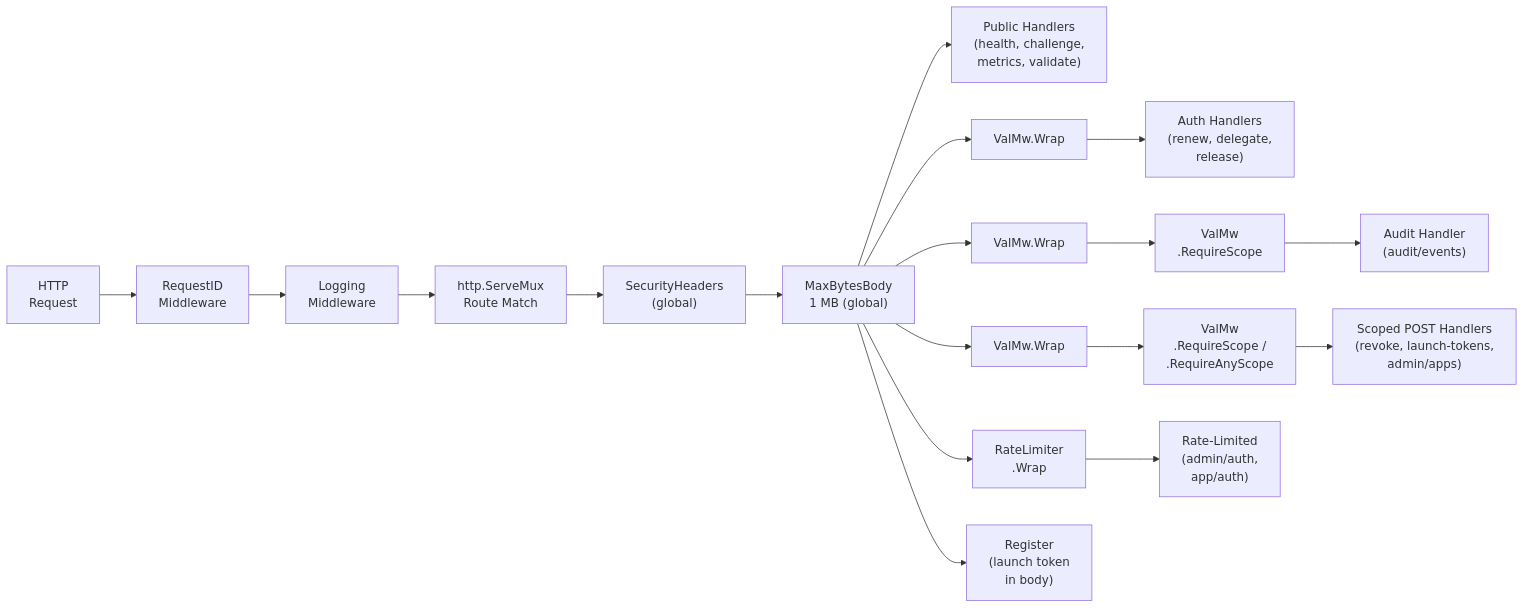
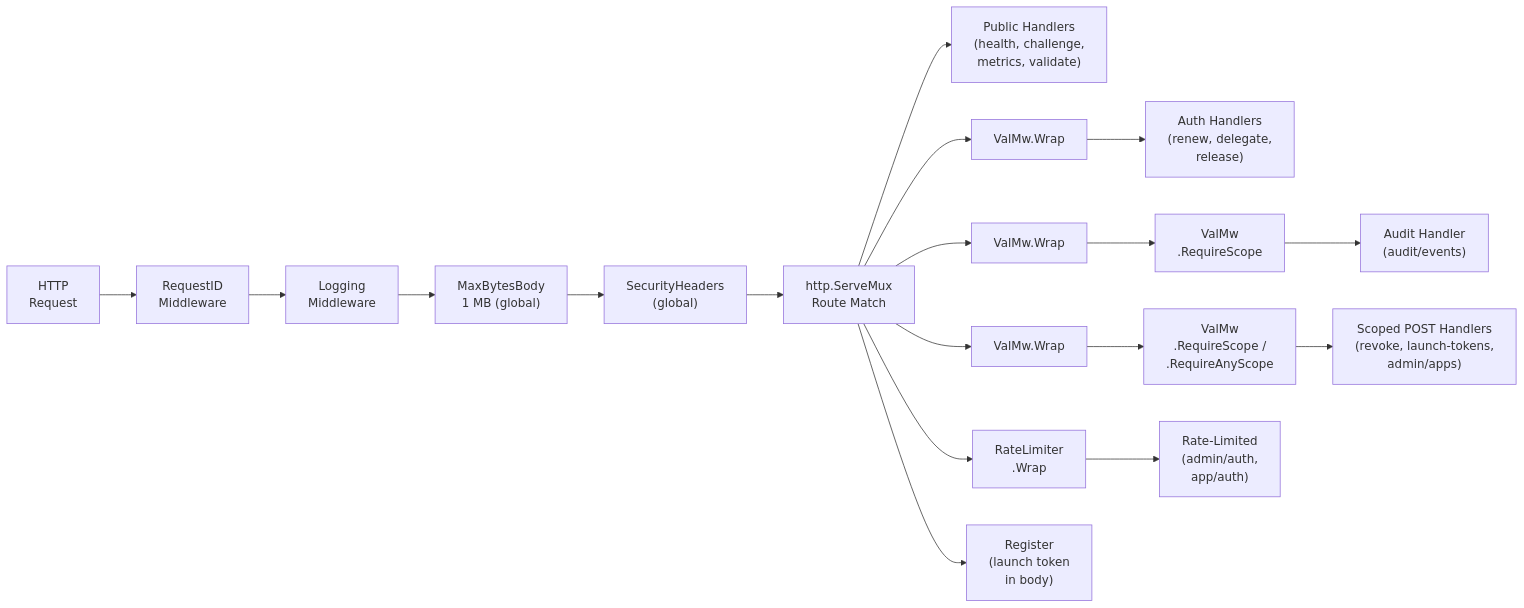
One commit to devonartis/agentwrit changed the fourth of 4 diagrams in docs/architecture.md. Above: the diagram before and after it, drawn with Mermaid. The commit also changed 81 other files, not shown here.

First line of the commit message:
fix: SPDX LicenseRef identifier, gate enforcement, middleware diagram

````diff
--- a/docs/architecture.md
+++ b/docs/architecture.md
@@ -250,20 +250,20 @@
 ```mermaid
 flowchart LR
     REQ["HTTP\nRequest"] --> RID["RequestID\nMiddleware"]
     RID --> LOG["Logging\nMiddleware"]
-    LOG --> MUX["http.ServeMux\nRoute Match"]
-    MUX --> SEC["SecurityHeaders\n(global)"]
-    SEC --> MB["MaxBytesBody\n1 MB (global)"]
+    LOG --> MB["MaxBytesBody\n1 MB (global)"]
+    MB --> SEC["SecurityHeaders\n(global)"]
+    SEC --> MUX["http.ServeMux\nRoute Match"]
 
-    MB --> PUB["Public Handlers\n(health, challenge,\nmetrics, validate)"]
+    MUX --> PUB["Public Handlers\n(health, challenge,\nmetrics, validate)"]
 
-    MB --> AUTH_ONLY["ValMw.Wrap"] --> AUTH_H["Auth Handlers\n(renew, delegate,\nrelease)"]
+    MUX --> AUTH_ONLY["ValMw.Wrap"] --> AUTH_H["Auth Handlers\n(renew, delegate,\nrelease)"]
 
-    MB --> AUDIT_W["ValMw.Wrap"] --> AUDIT_C["ValMw\n.RequireScope"] --> AUDIT_H["Audit Handler\n(audit/events)"]
+    MUX --> AUDIT_W["ValMw.Wrap"] --> AUDIT_C["ValMw\n.RequireScope"] --> AUDIT_H["Audit Handler\n(audit/events)"]
 
-    MB --> SCOPE_W["ValMw.Wrap"] --> SCOPE_C["ValMw\n.RequireScope /\n.RequireAnyScope"] --> ADMIN_H["Scoped POST Handlers\n(revoke, launch-tokens,\nadmin/apps)"]
+    MUX --> SCOPE_W["ValMw.Wrap"] --> SCOPE_C["ValMw\n.RequireScope /\n.RequireAnyScope"] --> ADMIN_H["Scoped POST Handlers\n(revoke, launch-tokens,\nadmin/apps)"]
 
-    MB --> RL["RateLimiter\n.Wrap"] --> RL_H["Rate-Limited\n(admin/auth,\napp/auth)"]
+    MUX --> RL["RateLimiter\n.Wrap"] --> RL_H["Rate-Limited\n(admin/auth,\napp/auth)"]
 
-    MB --> REG_H["Register\n(launch token\nin body)"]
+    MUX --> REG_H["Register\n(launch token\nin body)"]
 ```
````
